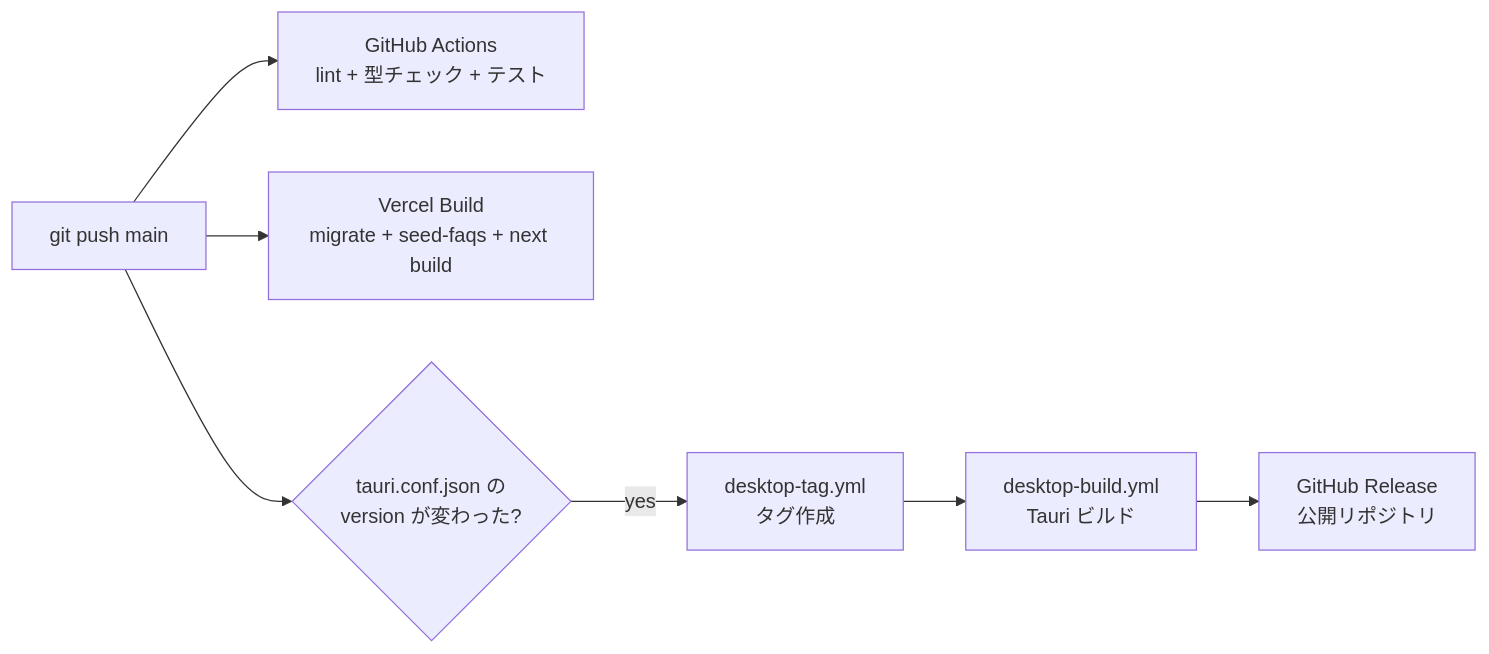
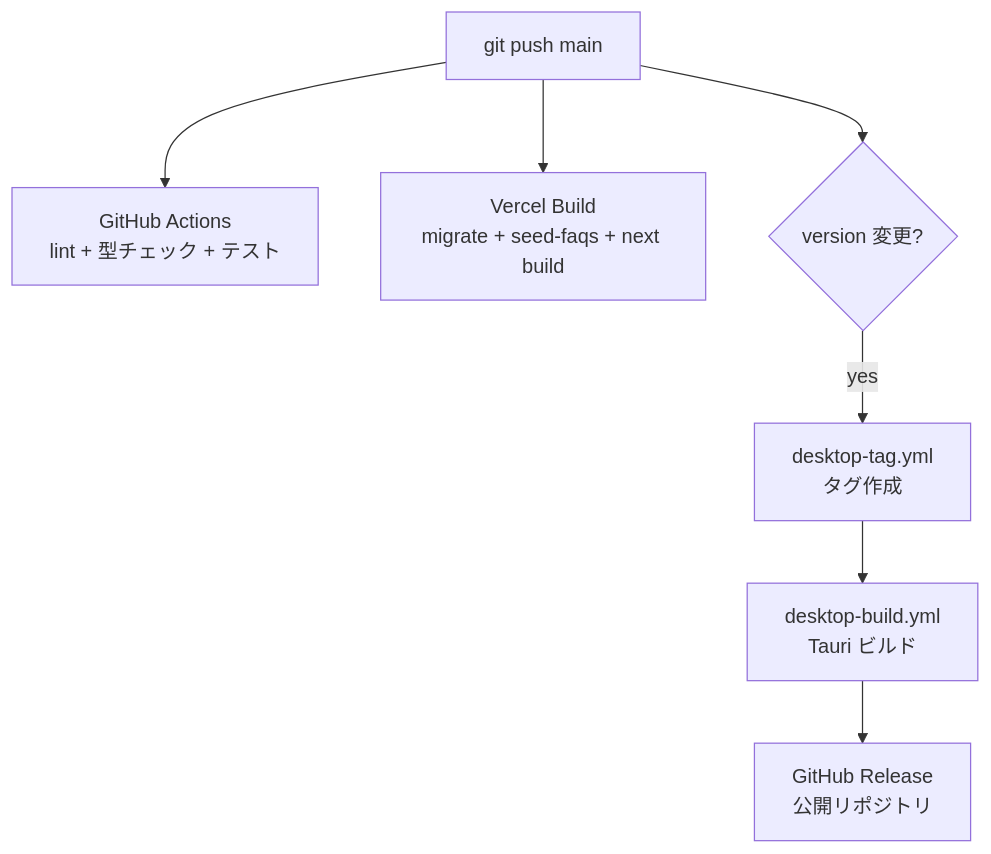
The fourth of 4 diagrams in docs/architecture/overview.md (u-stem/tabi), drawn with Mermaid before and after one commit. The commit also changed other lines of this file and 1 other file, not shown here.

Commit message:
docs: draw.io を廃止し Mermaid に戻す、図のレイアウト改善 [skip ci]

````diff
--- a/docs/architecture/overview.md
+++ b/docs/architecture/overview.md
@@ -88,9 +133,9 @@
 ```mermaid
-graph LR
+graph TD
     Push[git push main] --> CI[GitHub Actions<br/>lint + 型チェック + テスト]
     Push --> Vercel[Vercel Build<br/>migrate + seed-faqs + next build]
-    Push --> Tag{tauri.conf.json の<br/>version が変わった?}
+    Push --> Tag{version 変更?}
     Tag -->|yes| TagCI[desktop-tag.yml<br/>タグ作成]
     TagCI --> Build[desktop-build.yml<br/>Tauri ビルド]
     Build --> Release[GitHub Release<br/>公開リポジトリ]
 ```
````
